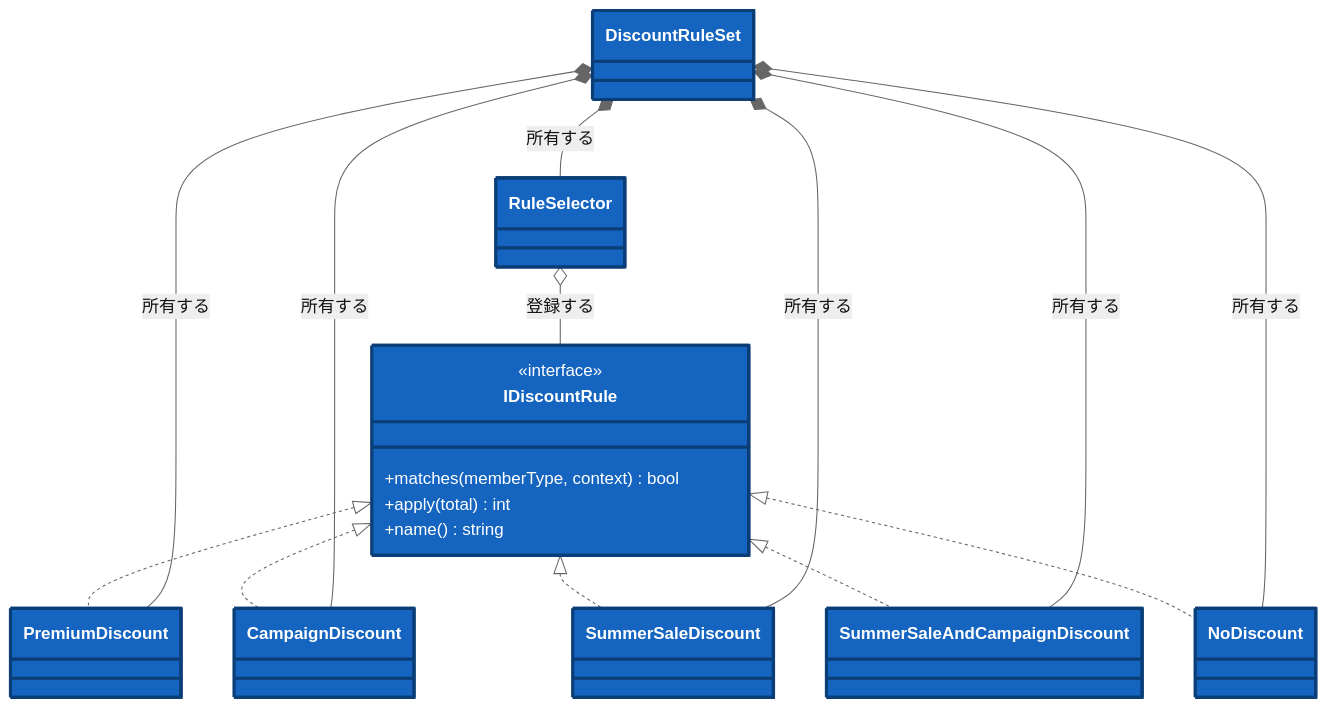
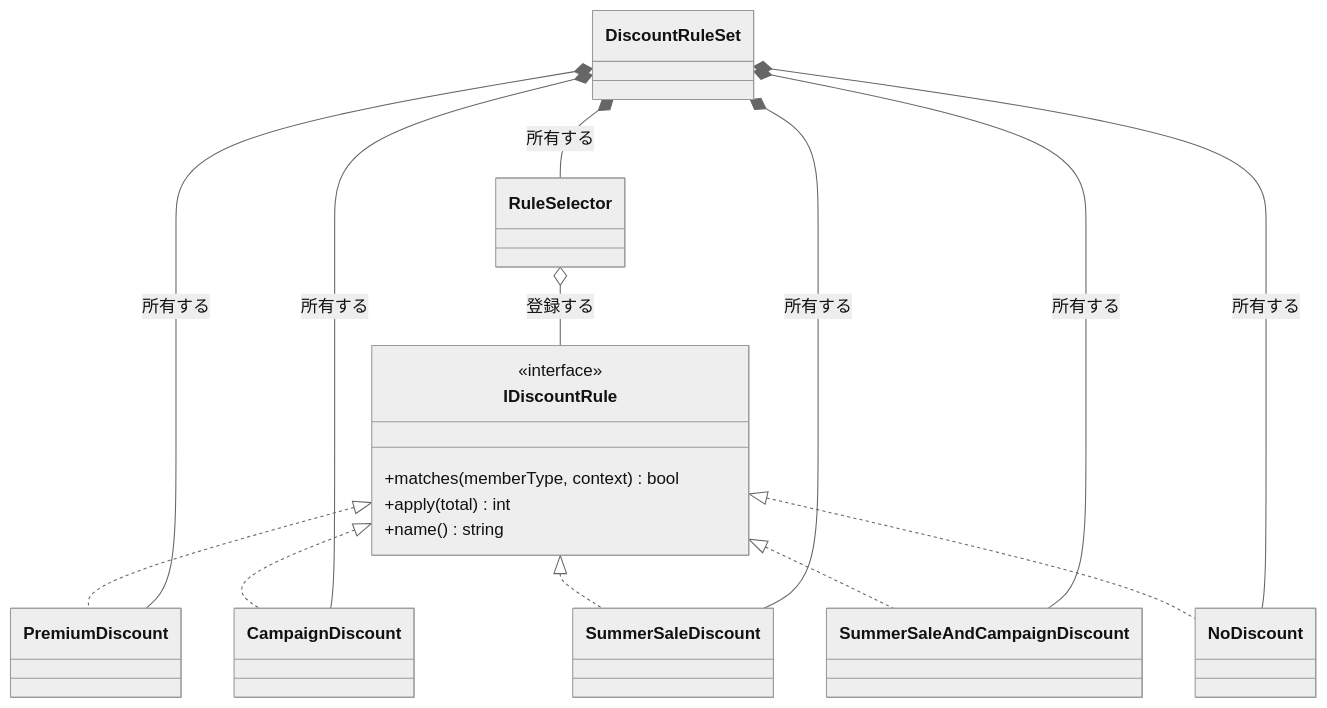
The seventh of 14 diagrams in kindle/design-patterns/books/volume01-core-patterns/output/03-chapter01.md (kumachan1101-pixel/DesignPattern), drawn with Mermaid (neutral theme) before and after one commit. The commit also changed other lines of this file and 11 other files, not shown here.

First line of the commit message:
図の印を「新しく作る／開いて直す」へ分け、抜粋の改変を直す

````diff
--- a/kindle/design-patterns/books/volume01-core-patterns/output/03-chapter01.md
+++ b/kindle/design-patterns/books/volume01-core-patterns/output/03-chapter01.md
@@ -1892,31 +1890,29 @@
 ```mermaid
 classDiagram
     direction TB
-    class IDiscountRule:::changed {
+    class IDiscountRule {
         <<interface>>
         +matches(memberType, context) bool
         +apply(total) int
         +name() string
     }
-    class PremiumDiscount:::changed
-    class CampaignDiscount:::changed
-    class SummerSaleDiscount:::changed
-    class SummerSaleAndCampaignDiscount:::changed
-    class NoDiscount:::changed
-    class DiscountRuleSet:::changed
-    class RuleSelector:::changed
+    class PremiumDiscount
+    class CampaignDiscount
+    class SummerSaleDiscount
+    class SummerSaleAndCampaignDiscount
+    class NoDiscount
+    class DiscountRuleSet
+    class RuleSelector
     IDiscountRule <|.. PremiumDiscount
     IDiscountRule <|.. CampaignDiscount
     IDiscountRule <|.. SummerSaleDiscount
     IDiscountRule <|.. SummerSaleAndCampaignDiscount
     IDiscountRule <|.. NoDiscount
     DiscountRuleSet *-- PremiumDiscount : 所有する
     DiscountRuleSet *-- CampaignDiscount : 所有する
     DiscountRuleSet *-- SummerSaleDiscount : 所有する
     DiscountRuleSet *-- SummerSaleAndCampaignDiscount : 所有する
     DiscountRuleSet *-- NoDiscount : 所有する
     DiscountRuleSet *-- RuleSelector : 所有する
     RuleSelector o-- IDiscountRule : 登録する
-
-    classDef changed fill:#1565c0,stroke:#0b3d76,stroke-width:3px,color:#ffffff;
 ```
````
